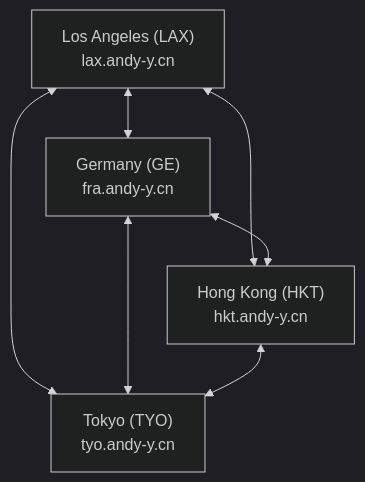
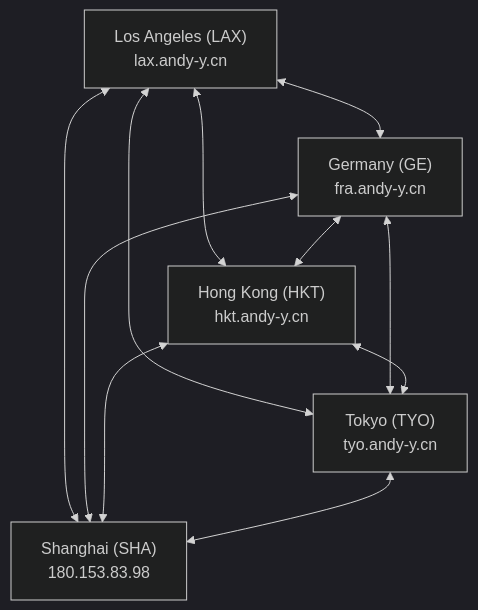
One commit to AndyYJF/andy-blog-content changed the diagram in pages/dn42.md. Above: the diagram before and after it, drawn with Mermaid (dark theme). The commit also changed other lines of this file, not shown here.

First line of the commit message:
docs: add Shanghai node to dn42 page

````diff
--- a/pages/dn42.md
+++ b/pages/dn42.md
@@ -35,18 +35,24 @@
 ```mermaid
 graph TD
     LAX["Los Angeles (LAX)  
 lax.andy-y.cn"]
     FRA["Germany (GE)  
 fra.andy-y.cn"]
     HKT["Hong Kong (HKT)  
 hkt.andy-y.cn"]
     TYO["Tokyo (TYO)  
 tyo.andy-y.cn"]
+    SHA["Shanghai (SHA)  
+180.153.83.98"]
 
     LAX <--> FRA
     LAX <--> TYO
     LAX <--> HKT
+    LAX <--> SHA
     FRA <--> TYO
     FRA <--> HKT
+    FRA <--> SHA
     HKT <--> TYO
+    HKT <--> SHA
+    TYO <--> SHA
 ```
````
